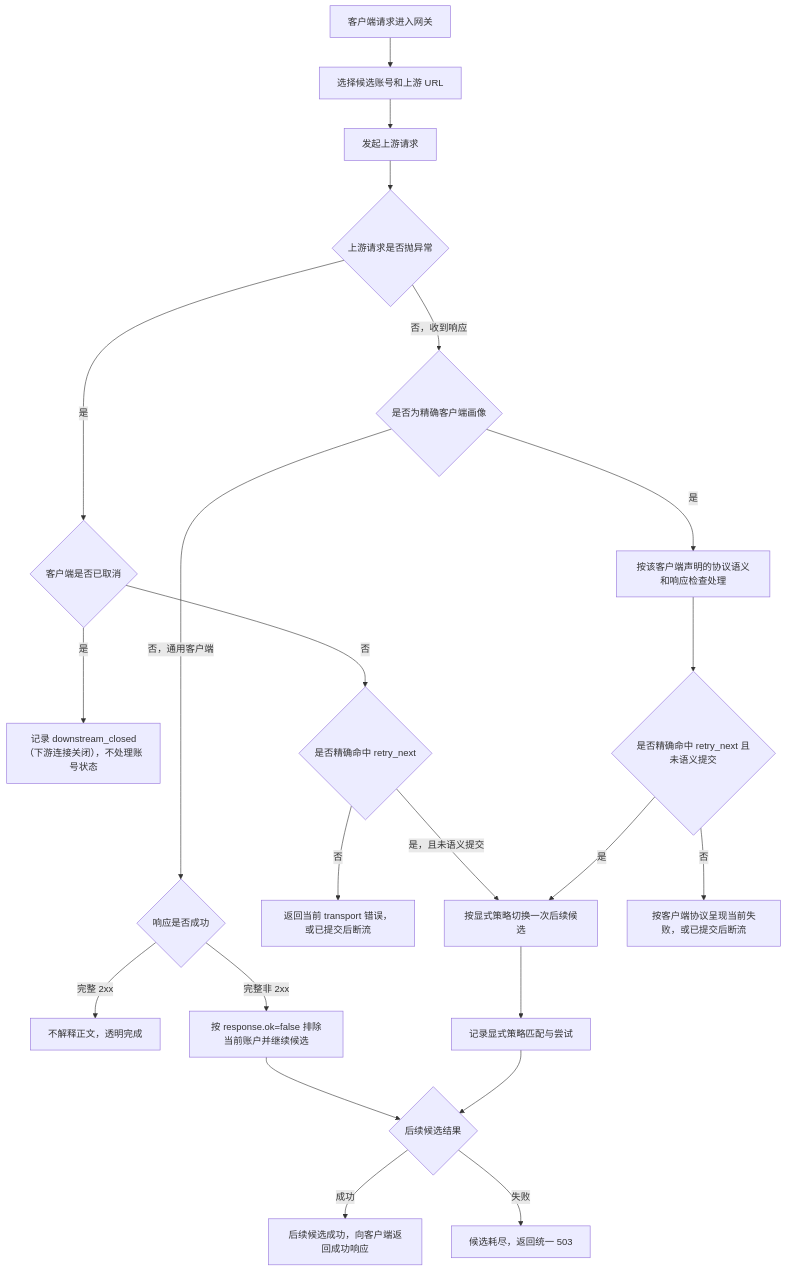
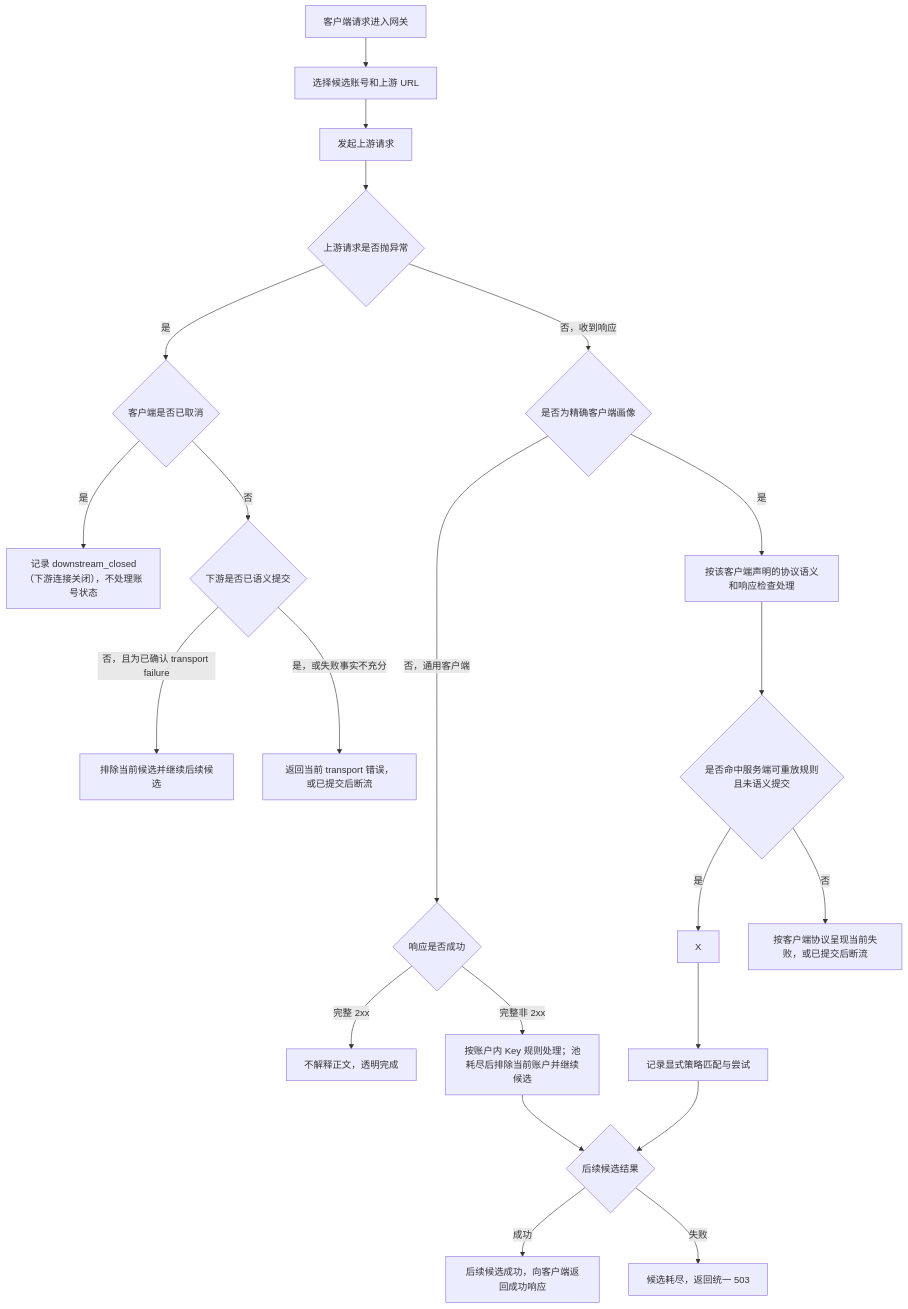
The first of 3 diagrams in docs/functions/网关异常重试与兜底策略.md (huanmin123/juhe-ai), drawn with Mermaid before and after one commit. The commit also changed other lines of this file and 39 other files, not shown here.

````diff
--- a/docs/functions/网关异常重试与兜底策略.md
+++ b/docs/functions/网关异常重试与兜底策略.md
@@ -59,25 +61,25 @@
 ```mermaid
 flowchart TD
   A["客户端请求进入网关"] --> B["选择候选账号和上游 URL"]
   B --> C["发起上游请求"]
   C --> D{"上游请求是否抛异常"}
   D -- "是" --> E{"客户端是否已取消"}
   E -- "是" --> F["记录 downstream_closed（下游连接关闭），不处理账号状态"]
-  E -- "否" --> R{"是否精确命中 retry_next"}
-  R -- "是，且未语义提交" --> X["按显式策略切换一次后续候选"]
-  R -- "否" --> W["返回当前 transport 错误，或已提交后断流"]
+  E -- "否" --> Q{"下游是否已语义提交"}
+  Q -- "否，且为已确认 transport failure" --> Y["排除当前候选并继续后续候选"]
+  Q -- "是，或失败事实不充分" --> W["返回当前 transport 错误，或已提交后断流"]
 
   D -- "否，收到响应" --> J{"是否为精确客户端画像"}
   J -- "否，通用客户端" --> G{"响应是否成功"}
   G -- "完整 2xx" --> K["不解释正文，透明完成"]
-  G -- "完整非 2xx" --> H["按 response.ok=false 排除当前账户并继续候选"]
+  G -- "完整非 2xx" --> H["按账户内 Key 规则处理；池耗尽后排除当前账户并继续候选"]
   H --> T
   J -- "是" --> L["按该客户端声明的协议语义和响应检查处理"]
-  L --> R3{"是否精确命中 retry_next 且未语义提交"}
+  L --> R3{"是否命中服务端可重放规则且未语义提交"}
   R3 -- "是" --> X
   R3 -- "否" --> S["按客户端协议呈现当前失败，或已提交后断流"]
   X --> P["记录显式策略匹配与尝试"]
   P --> T{"后续候选结果"}
   T -- "成功" --> U["后续候选成功，向客户端返回成功响应"]
   T -- "失败" --> V["候选耗尽，返回统一 503"]
 ```
````
